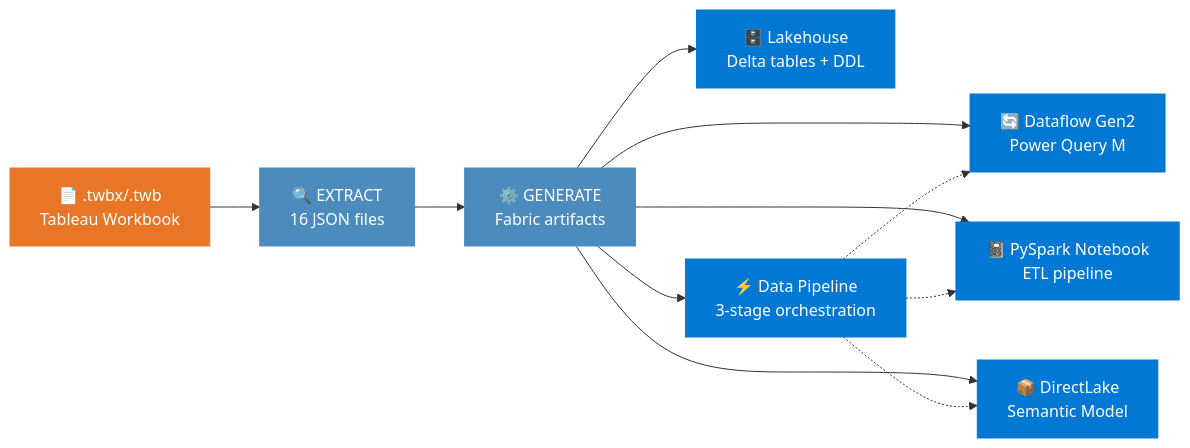
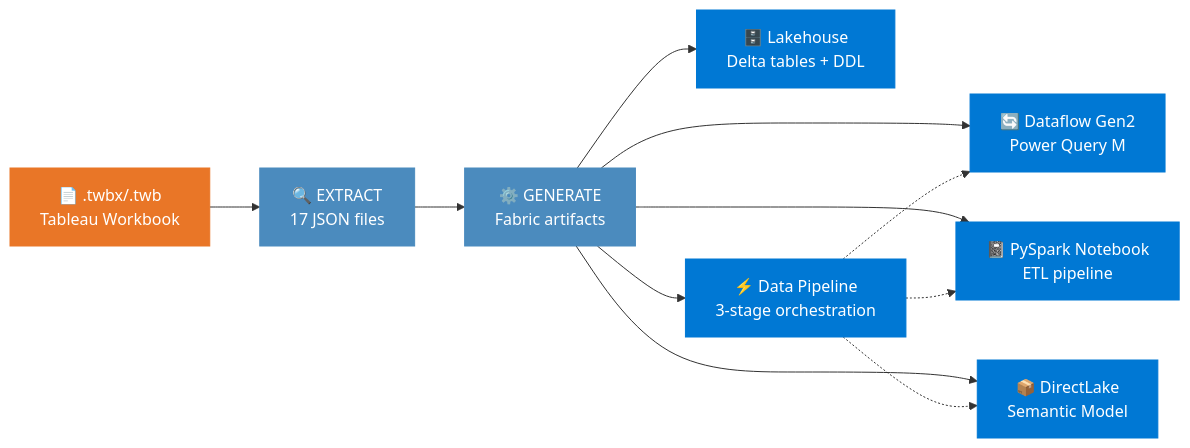
Before and after one commit to cyphou/Tableau-To-PowerBI: the second of 4 diagrams in README.md, drawn with Mermaid. The commit also changed other lines of this file and 16 other files, not shown here.

````diff
--- a/README.md
+++ b/README.md
@@ -216,22 +216,22 @@
 ```mermaid
 flowchart LR
-    A["📄 .twbx/.twb\nTableau Workbook"] --> B["🔍 EXTRACT\n16 JSON files"]
+    A["📄 .twbx/.twb\nTableau Workbook"] --> B["🔍 EXTRACT\n17 JSON files"]
     B --> C["⚙️ GENERATE\nFabric artifacts"]
     C --> LH["🗄️ Lakehouse\nDelta tables + DDL"]
     C --> DF["🔄 Dataflow Gen2\nPower Query M"]
     C --> NB["📓 PySpark Notebook\nETL pipeline"]
     C --> SM["📦 DirectLake\nSemantic Model"]
     C --> PL["⚡ Data Pipeline\n3-stage orchestration"]
     PL -.-> DF
     PL -.-> NB
     PL -.-> SM
 
     style A fill:#E97627,color:#fff,stroke:#E97627
     style B fill:#4B8BBE,color:#fff,stroke:#4B8BBE
     style C fill:#4B8BBE,color:#fff,stroke:#4B8BBE
     style LH fill:#0078D4,color:#fff,stroke:#0078D4
     style DF fill:#0078D4,color:#fff,stroke:#0078D4
     style NB fill:#0078D4,color:#fff,stroke:#0078D4
     style SM fill:#0078D4,color:#fff,stroke:#0078D4
     style PL fill:#0078D4,color:#fff,stroke:#0078D4
 ```
````
